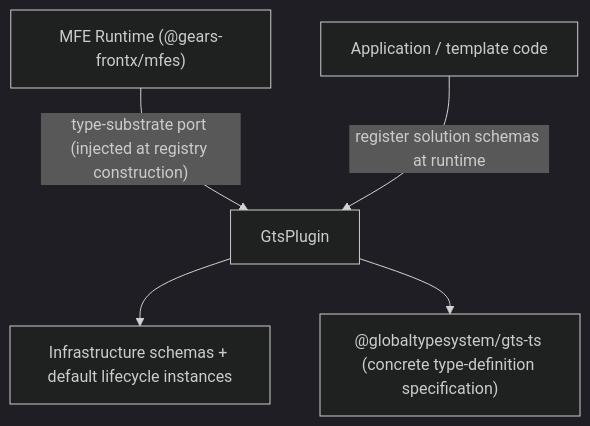
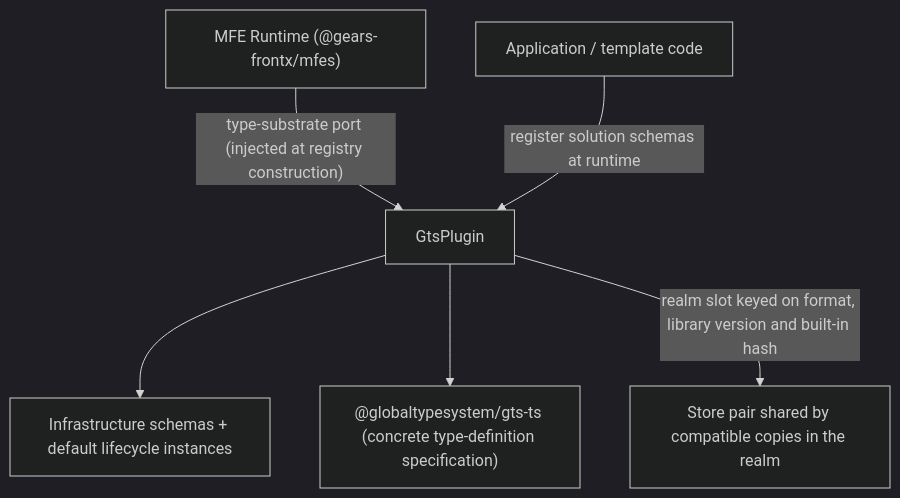
The first of 3 diagrams in packages/gts-plugin/architecture/DESIGN.md (constructorfabric/gears-frontx), drawn with Mermaid (dark theme) before and after one commit. The commit also changed other lines of this file and 31 other files, not shown here.

First line of the commit message:
feat(gts-plugin): share one gts-ts store across every GtsPlugin copy in a realm (#665)

````diff
--- a/packages/gts-plugin/architecture/DESIGN.md
+++ b/packages/gts-plugin/architecture/DESIGN.md
@@ -65,7 +69,8 @@
 ```mermaid
 graph TD
     Runtime["MFE Runtime (@gears-frontx/mfes)"] -- "type-substrate port (injected at registry construction)" --> Plugin[GtsPlugin]
     Plugin --> Schemas[Infrastructure schemas + default lifecycle instances]
     Plugin --> GTS["@globaltypesystem/gts-ts (concrete type-definition specification)"]
+    Plugin -- "realm slot keyed on format, library version and built-in hash" --> Store["Store pair shared by compatible copies in the realm"]
     Owners[Application / template code] -- "register solution schemas at runtime" --> Plugin
 ```
````
